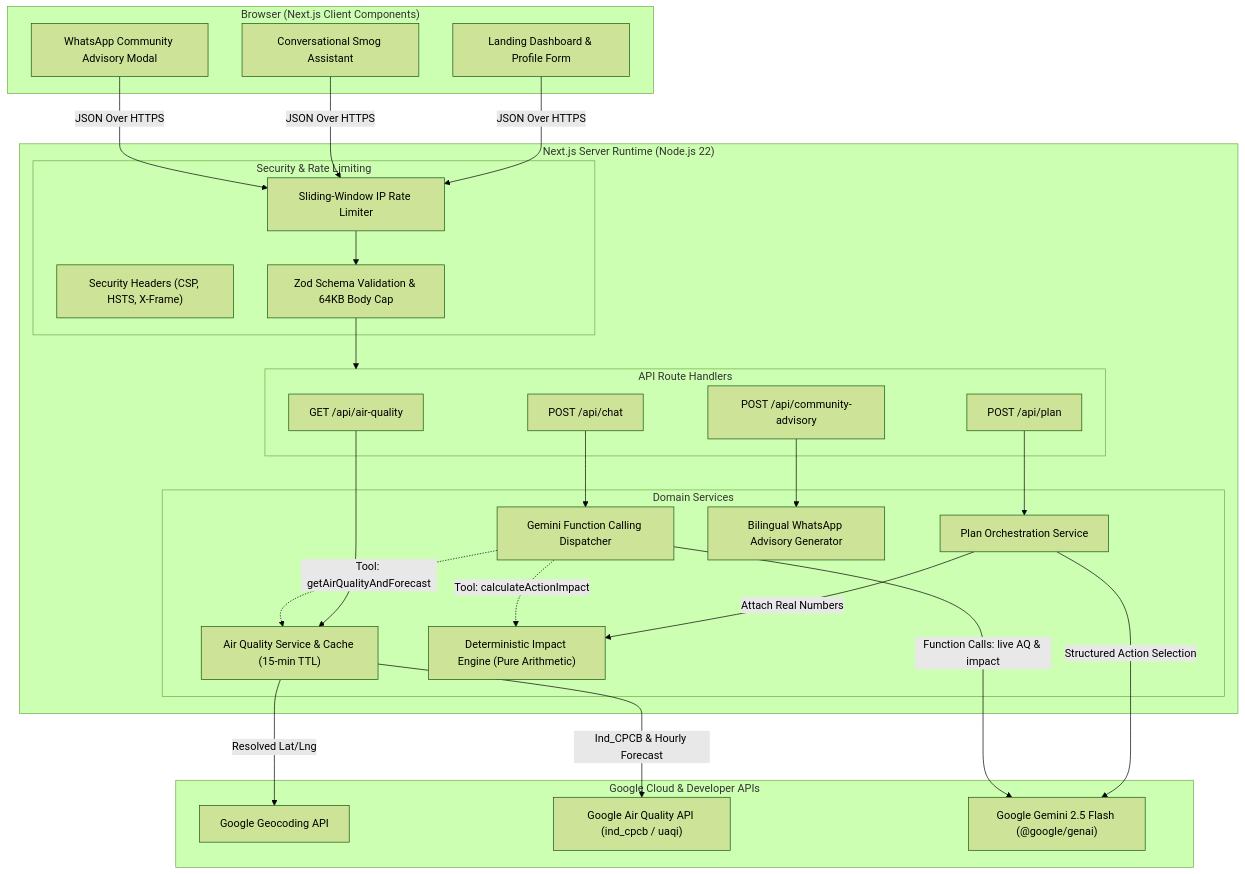
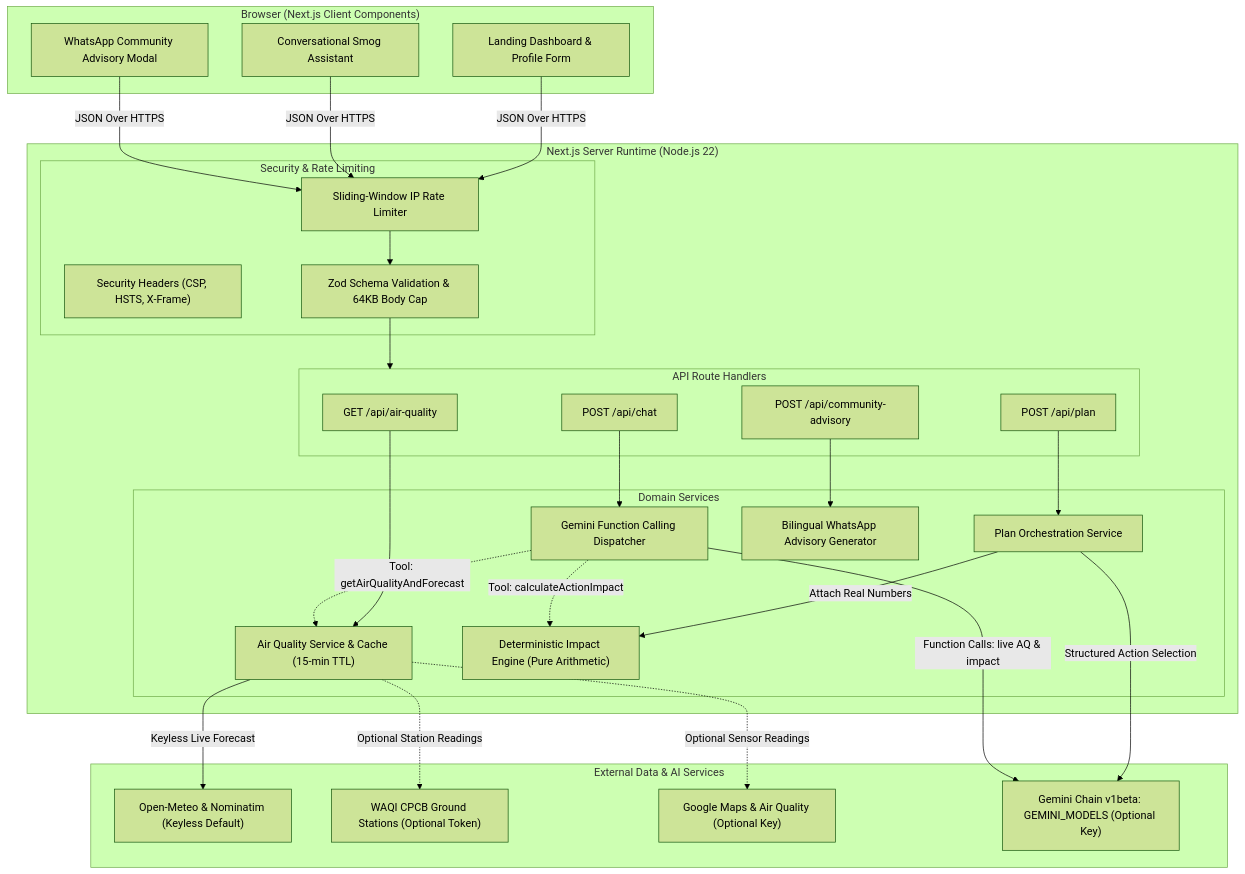
The diagram in README.md (sirajju/saafhawa), drawn with Mermaid (forest theme) before and after one commit. The commit also changed other lines of this file and 1 other file, not shown here.

Commit message:
docs(architecture): sync data source hierarchy, Gemini models chain, and decisions

````diff
--- a/README.md
+++ b/README.md
@@ -131,55 +131,57 @@
 ```mermaid
 flowchart TD
     subgraph Client["Browser (Next.js Client Components)"]
         UI["Landing Dashboard & Profile Form"]
         ChatUI["Conversational Smog Assistant"]
         ModalUI["WhatsApp Community Advisory Modal"]
     end
 
     subgraph Server["Next.js Server Runtime (Node.js 22)"]
         subgraph Security["Security & Rate Limiting"]
             RL["Sliding-Window IP Rate Limiter"]
             Headers["Security Headers (CSP, HSTS, X-Frame)"]
             ZodVal["Zod Schema Validation & 64KB Body Cap"]
         end
 
         subgraph Routes["API Route Handlers"]
             AQRoute["GET /api/air-quality"]
             PlanRoute["POST /api/plan"]
             ChatRoute["POST /api/chat"]
             AdvisoryRoute["POST /api/community-advisory"]
         end
 
         subgraph Modules["Domain Services"]
             AQService["Air Quality Service & Cache (15-min TTL)"]
             PlanService["Plan Orchestration Service"]
             ChatService["Gemini Function Calling Dispatcher"]
             AdvisoryGen["Bilingual WhatsApp Advisory Generator"]
             ImpactCalc["Deterministic Impact Engine (Pure Arithmetic)"]
         end
     end
 
-    subgraph GoogleServices["Google Cloud & Developer APIs"]
-        GeoAPI["Google Geocoding API"]
-        AirAPI["Google Air Quality API (ind_cpcb / uaqi)"]
-        GeminiAPI["Google Gemini 2.5 Flash (@google/genai)"]
+    subgraph Providers["External Data & AI Services"]
+        OpenMeteo["Open-Meteo & Nominatim (Keyless Default)"]
+        WAQI["WAQI CPCB Ground Stations (Optional Token)"]
+        GoogleMaps["Google Maps & Air Quality (Optional Key)"]
+        GeminiAPI["Gemini Chain v1beta: GEMINI_MODELS (Optional Key)"]
     end
 
     UI -->|JSON Over HTTPS| RL
     ChatUI -->|JSON Over HTTPS| RL
     ModalUI -->|JSON Over HTTPS| RL
 
     RL --> ZodVal --> Routes
     AQRoute --> AQService
     PlanRoute --> PlanService
     ChatRoute --> ChatService
     AdvisoryRoute --> AdvisoryGen
 
-    AQService -->|Resolved Lat/Lng| GeoAPI
-    AQService -->|Ind_CPCB & Hourly Forecast| AirAPI
+    AQService -->|Keyless Live Forecast| OpenMeteo
+    AQService -.->|Optional Station Readings| WAQI
+    AQService -.->|Optional Sensor Readings| GoogleMaps
     PlanService -->|Structured Action Selection| GeminiAPI
     PlanService -->|Attach Real Numbers| ImpactCalc
     ChatService -->|Function Calls: live AQ & impact| GeminiAPI
     ChatService -.->|Tool: getAirQualityAndForecast| AQService
     ChatService -.->|Tool: calculateActionImpact| ImpactCalc
 ```
````
